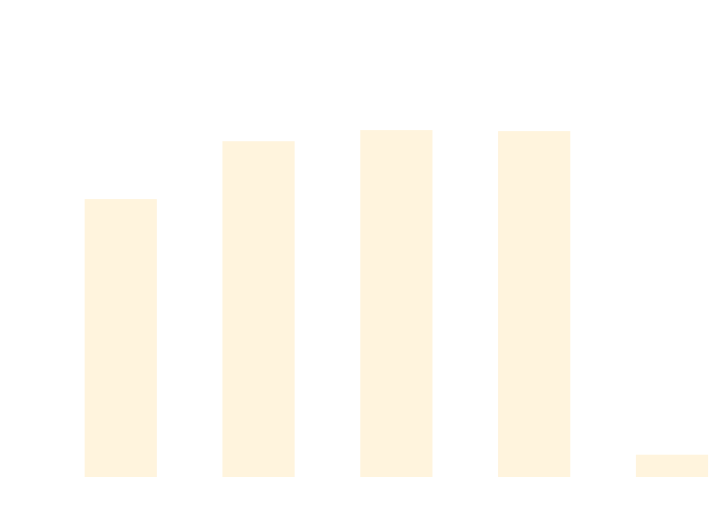
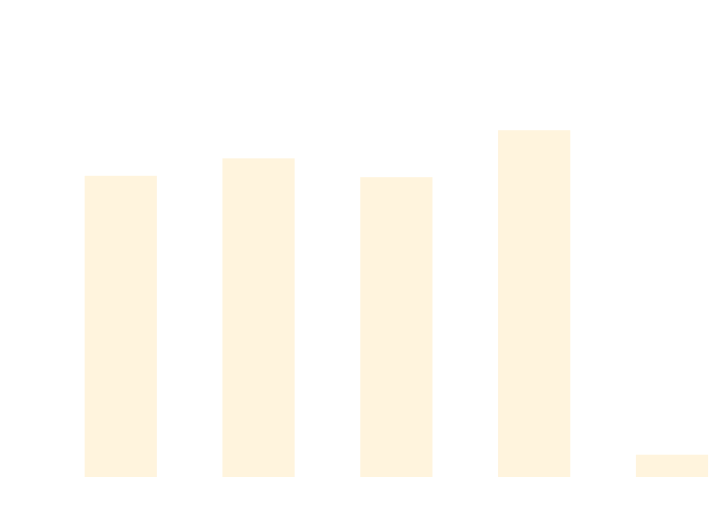
One commit to thomhurst/TUnit changed the diagram in docs/docs/benchmarks/DataDrivenTests.md. Above: the diagram before and after it, drawn with Mermaid. The commit also changed other lines of this file and 17 other files, not shown here.

````diff
--- a/docs/docs/benchmarks/DataDrivenTests.md
+++ b/docs/docs/benchmarks/DataDrivenTests.md
@@ -27,37 +27,37 @@
 ```mermaid
 %%{init: {
   'theme':'base',
   'themeVariables': {
     'primaryColor': '#2563eb',
     'primaryTextColor': '#ffffff',
     'primaryBorderColor': '#1e40af',
     'lineColor': '#6b7280',
     'secondaryColor': '#7c3aed',
     'tertiaryColor': '#dc2626',
     'background': '#ffffff',
     'mainBkg': '#2563eb',
     'secondBkg': '#7c3aed',
     'tertiaryBkg': '#dc2626',
     'clusterBkg': '#f3f4f6',
     'edgeLabelBackground': '#ffffff',
     'tertiaryTextColor': '#1f2937',
     'pie1': '#2563eb',
     'pie2': '#7c3aed',
     'pie3': '#dc2626',
     'pie4': '#f59e0b',
     'pie5': '#10b981',
     'pie6': '#06b6d4',
     'pie7': '#ec4899',
     'pie8': '#6366f1',
     'pie9': '#84cc16',
     'pie10': '#f97316',
     'pie11': '#14b8a6',
     'pie12': '#a855f7'
   }
 }}%%
 xychart-beta
   title "DataDrivenTests Performance Comparison"
   x-axis ["TUnit", "NUnit", "MSTest", "xUnit3", "TUnit_AOT"]
-  y-axis "Time (ms)" 0 --> 712
-  bar [472.15, 573.4, 592.88, 591.1, 25]
+  y-axis "Time (ms)" 0 --> 704
+  bar [507.19, 537.32, 504.77, 586, 24.73]
 ```
````
